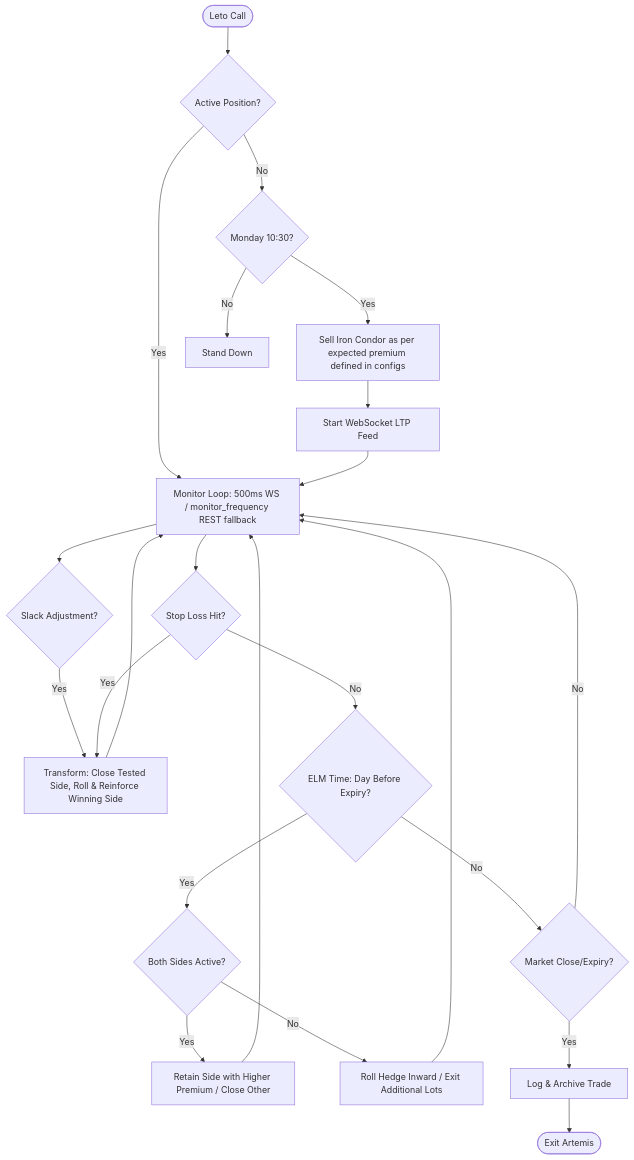
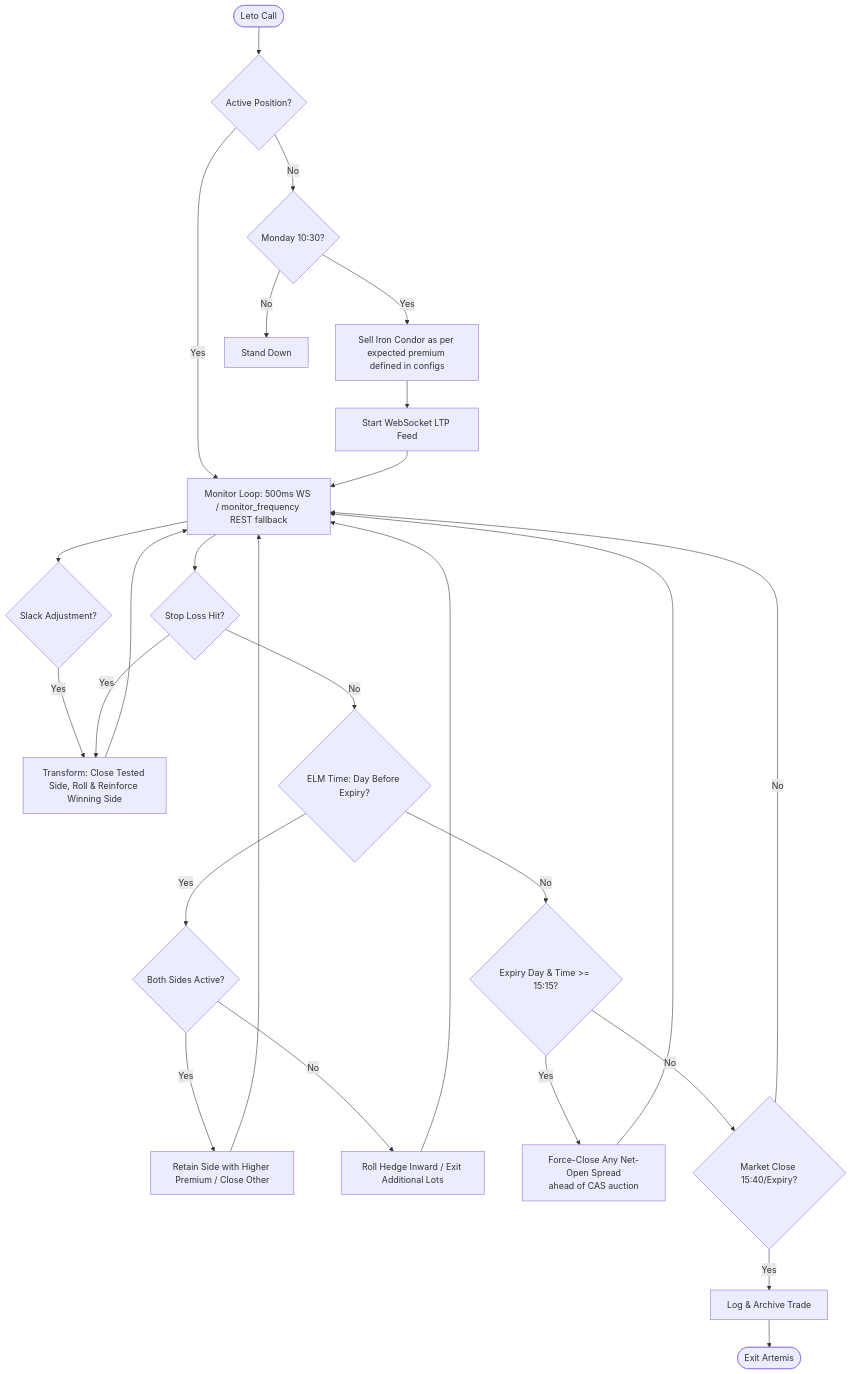
The diagram in artemis_production/README.md (parijnan/algo-trading-lab), drawn with Mermaid before and after one commit. The commit also changed other lines of this file and 1 other file, not shown here.

Commit message:
docs: document CAS handling in data pipeline and Artemis READMEs
- data_pipeline/README.md: correct the stale 375-row integrity threshold
  to 370, document fill_missing_candles (mid-day auction gap) and
  extend_to_day_close (15:39 day-end extension).
- artemis_production/README.md: add the missing expiry-day-close node to
  the execution-flow diagram and explain the new 15:15 forced-close rule.

````diff
--- a/artemis_production/README.md
+++ b/artemis_production/README.md
@@ -39,29 +39,32 @@
 ```mermaid
 graph TD
     Start([Leto Call]) --> EntryCheck{Active Position?}
     EntryCheck -- No --> Monday{Monday 10:30?}
     Monday -- Yes --> SetupIC[Sell Iron Condor as per expected premium defined in configs]
     Monday -- No --> StandDown[Stand Down]
     
     EntryCheck -- Yes --> Monitor[Monitor Loop: 500ms WS / monitor_frequency REST fallback]
     SetupIC --> WS[Start WebSocket LTP Feed]
     WS --> Monitor
     
     Monitor --> SlackAdj{Slack Adjustment?}
     SlackAdj -- Yes --> Transform
     Monitor --> SLHit{Stop Loss Hit?}
     SLHit -- Yes --> Transform[Transform: Close Tested Side, Roll & Reinforce Winning Side]
     Transform --> Monitor
     
     SLHit -- No --> ELMCheck{ELM Time: Day Before Expiry?}
     ELMCheck -- Yes --> ELMType{Both Sides Active?}
     ELMType -- Yes --> ChooseSide[Retain Side with Higher Premium / Close Other]
     ELMType -- No --> ELMAdj[Roll Hedge Inward / Exit Additional Lots]
-    ELMCheck -- No --> Expiry{Market Close/Expiry?}
+    ELMCheck -- No --> ExpiryDayClose{Expiry Day & Time >= 15:15?}
+    ExpiryDayClose -- Yes --> ForceClose[Force-Close Any Net-Open Spread<br/>ahead of CAS auction]
+    ExpiryDayClose -- No --> Expiry{Market Close 15:40/Expiry?}
     
     ChooseSide --> Monitor
     ELMAdj --> Monitor
+    ForceClose --> Monitor
     Expiry -- No --> Monitor
     Expiry -- Yes --> Archive[Log & Archive Trade]
     Archive --> End([Exit Artemis])
 ```
````
